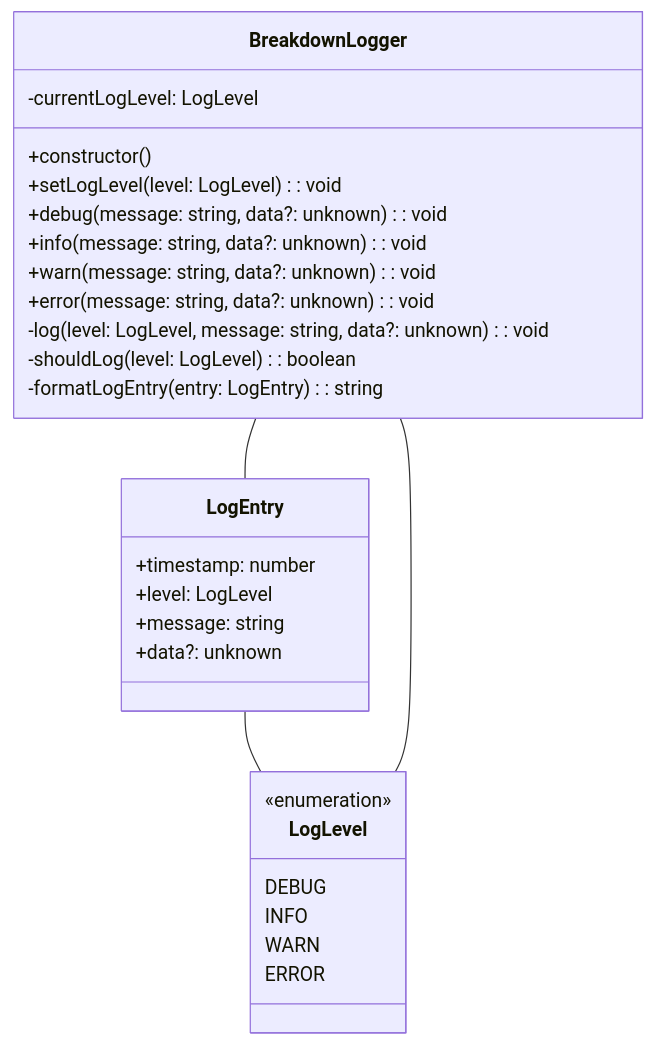
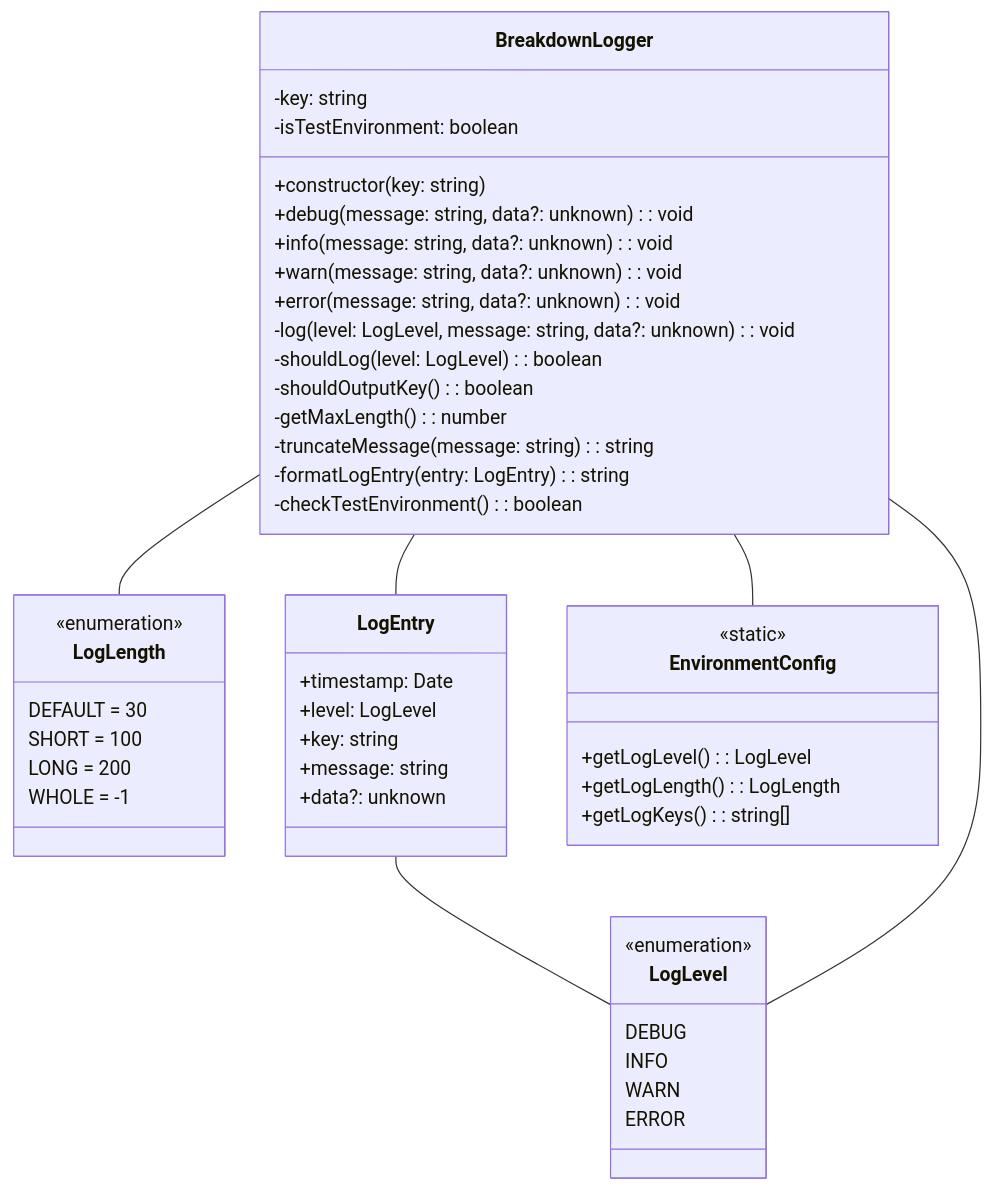
Before and after one commit to tettuan/breakdownlogger: the first of 6 diagrams in docs/development.ja.md, drawn with Mermaid. The commit also changed other lines of this file and 12 other files, not shown here.

````diff
--- a/docs/development.ja.md
+++ b/docs/development.ja.md
@@ -7,34 +27,56 @@
 ```mermaid
 classDiagram
     class LogLevel {
         <<enumeration>>
         DEBUG
         INFO
         WARN
         ERROR
     }
 
+    class LogLength {
+        <<enumeration>>
+        DEFAULT = 30
+        SHORT = 100
+        LONG = 200
+        WHOLE = -1
+    }
+
     class LogEntry {
-        +timestamp: number
+        +timestamp: Date
         +level: LogLevel
+        +key: string
         +message: string
         +data?: unknown
     }
 
     class BreakdownLogger {
-        -currentLogLevel: LogLevel
-        +constructor()
-        +setLogLevel(level: LogLevel): void
+        -key: string
+        -isTestEnvironment: boolean
+        +constructor(key: string)
         +debug(message: string, data?: unknown): void
         +info(message: string, data?: unknown): void
         +warn(message: string, data?: unknown): void
         +error(message: string, data?: unknown): void
         -log(level: LogLevel, message: string, data?: unknown): void
         -shouldLog(level: LogLevel): boolean
+        -shouldOutputKey(): boolean
+        -getMaxLength(): number
+        -truncateMessage(message: string): string
         -formatLogEntry(entry: LogEntry): string
+        -checkTestEnvironment(): boolean
+    }
+
+    class EnvironmentConfig {
+        <<static>>
+        +getLogLevel(): LogLevel
+        +getLogLength(): LogLength
+        +getLogKeys(): string[]
     }
 
     LogEntry -- LogLevel
     BreakdownLogger -- LogLevel
+    BreakdownLogger -- LogLength
     BreakdownLogger -- LogEntry
+    BreakdownLogger -- EnvironmentConfig
 ```
````
